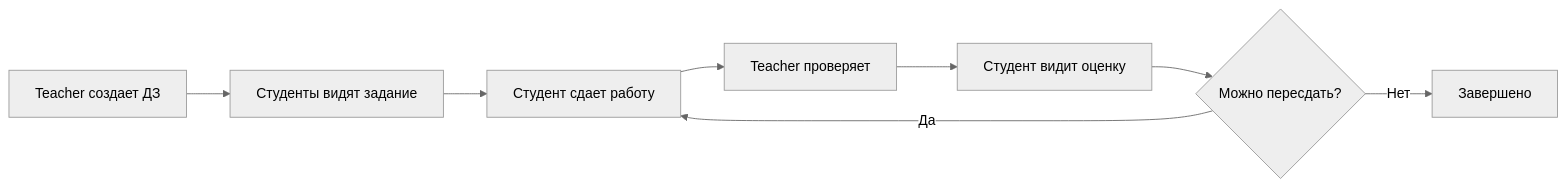
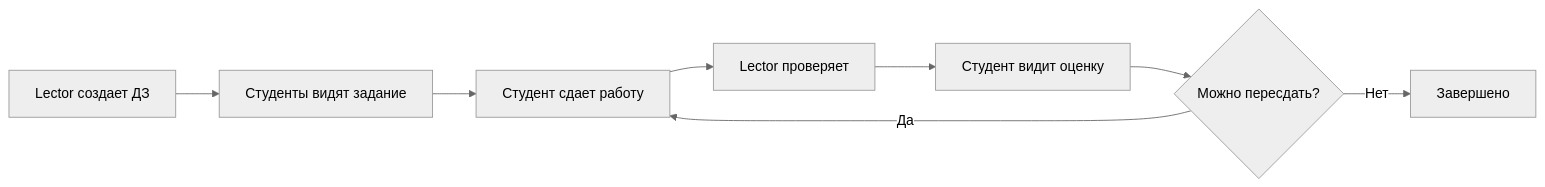
Before and after one commit to PvUtrix/shked: the diagram in obsidian-vault/06-Функции/Система домашних заданий.md, drawn with Mermaid (neutral theme). The commit also changed other lines of this file and 167 other files, not shown here.

````diff
--- a/obsidian-vault/06-Функции/Система домашних заданий.md
+++ b/obsidian-vault/06-Функции/Система домашних заданий.md
@@ -11,10 +11,10 @@
 ```mermaid
 graph LR
-    A[Teacher создает ДЗ] --> B[Студенты видят задание]
+    A[Lector создает ДЗ] --> B[Студенты видят задание]
     B --> C[Студент сдает работу]
-    C --> D[Teacher проверяет]
+    C --> D[Lector проверяет]
     D --> E[Студент видит оценку]
     E --> F{Можно пересдать?}
     F -->|Да| C
     F -->|Нет| G[Завершено]
 ```
````
